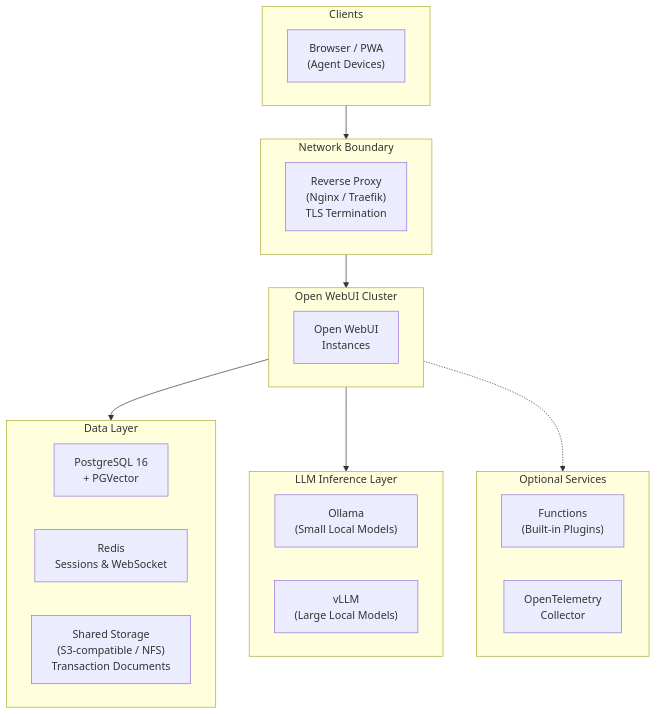
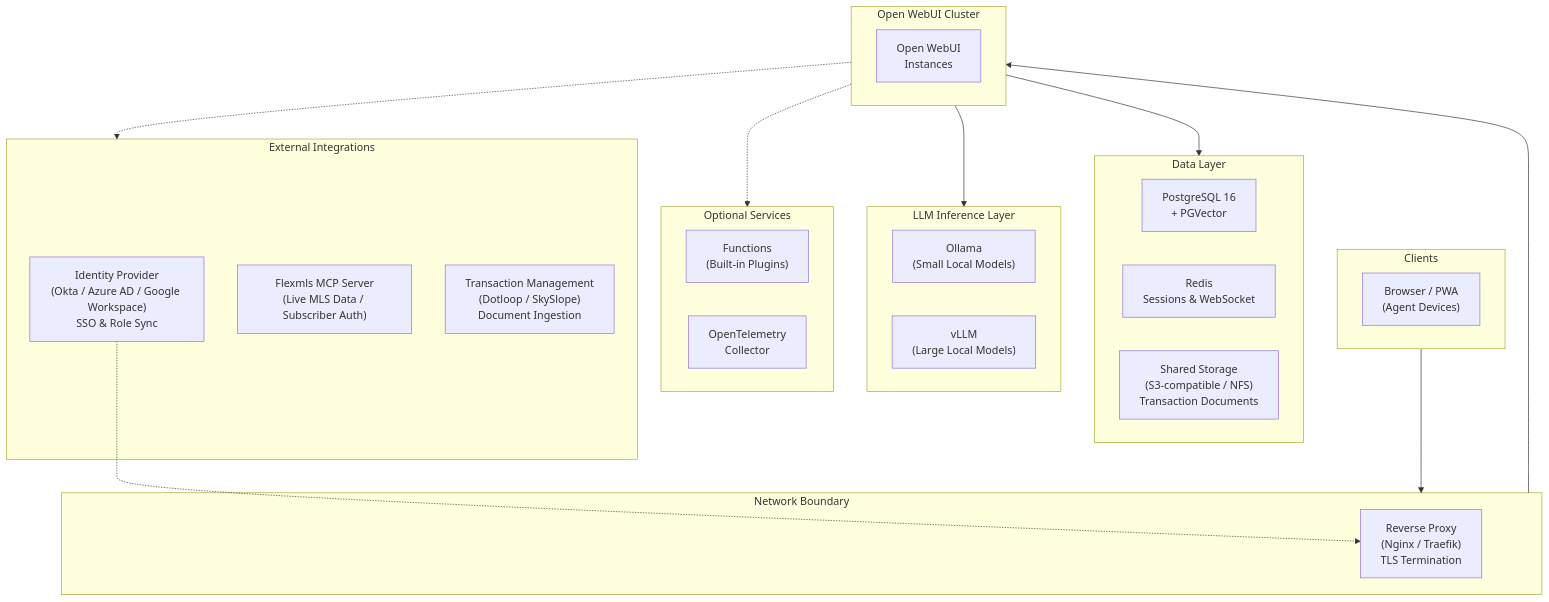
The diagram in blogs/real-estate/article.md (open-webui/cookbook), drawn with Mermaid before and after one commit. The commit also changed other lines of this file, not shown here.

Commit message:
feat: add external integrations to diagram

````diff
--- a/blogs/real-estate/article.md
+++ b/blogs/real-estate/article.md
@@ -167,36 +167,44 @@
 ```mermaid
 flowchart TB
     subgraph clients["Clients"]
         browser["Browser / PWA<br/>(Agent Devices)"]
     end
 
     subgraph proxy["Network Boundary"]
         lb["Reverse Proxy<br/>(Nginx / Traefik)<br/>TLS Termination"]
     end
 
     subgraph owui["Open WebUI Cluster"]
         owui1["Open WebUI<br/>Instances"]
     end
 
     subgraph data["Data Layer"]
         pg["PostgreSQL 16<br/>+ PGVector"]
         redis["Redis<br/>Sessions & WebSocket"]
         storage["Shared Storage<br/>(S3-compatible / NFS)<br/>Transaction Documents"]
     end
 
     subgraph inference["LLM Inference Layer"]
         ollama["Ollama<br/>(Small Local Models)"]
         vllm["vLLM<br/>(Large Local Models)"]
     end
 
     subgraph optional["Optional Services"]
         functions["Functions<br/>(Built-in Plugins)"]
         otel["OpenTelemetry<br/>Collector"]
     end
 
+    subgraph integrations["External Integrations"]
+        idp["Identity Provider<br/>(Okta / Azure AD / Google Workspace)<br/>SSO & Role Sync"]
+        mls["Flexmls MCP Server<br/>(Live MLS Data / Subscriber Auth)"]
+        txdocs["Transaction Management<br/>(Dotloop / SkySlope)<br/>Document Ingestion"]
+    end
+
     clients --> proxy
     proxy --> owui
     owui --> data
     owui --> inference
     owui -.-> optional
+    owui -.-> integrations
+    idp -.-> lb
 ```
````
